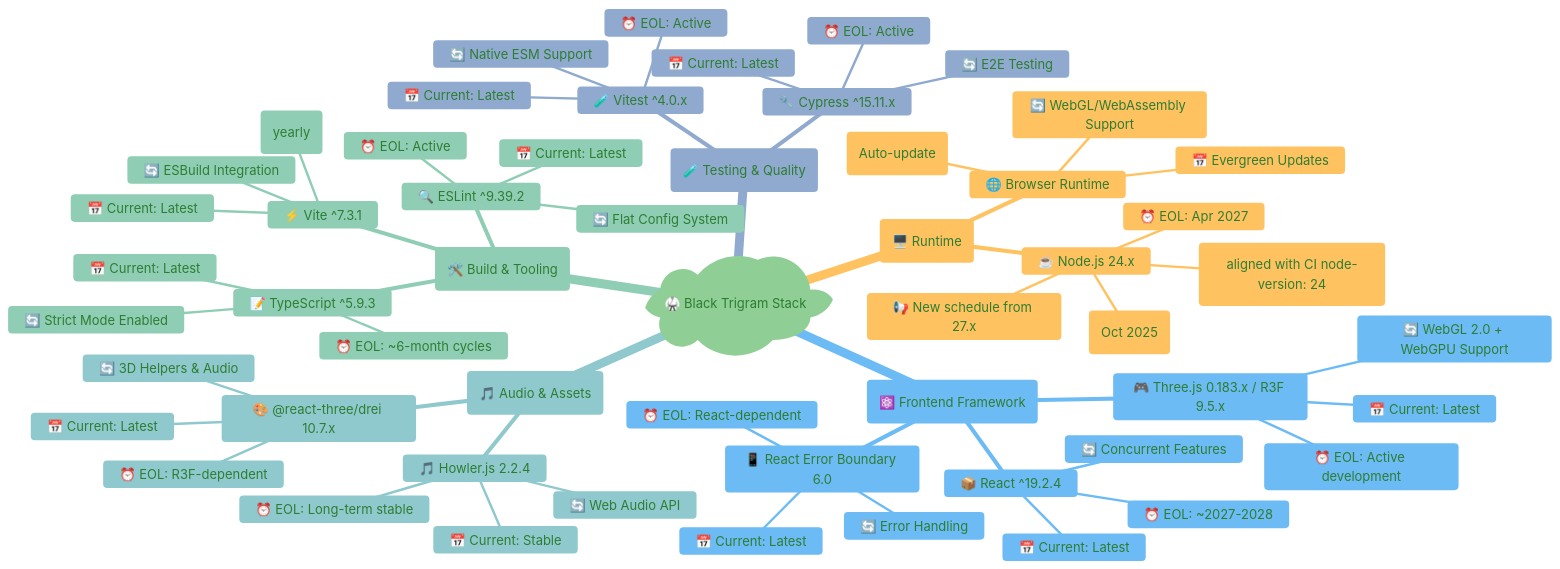
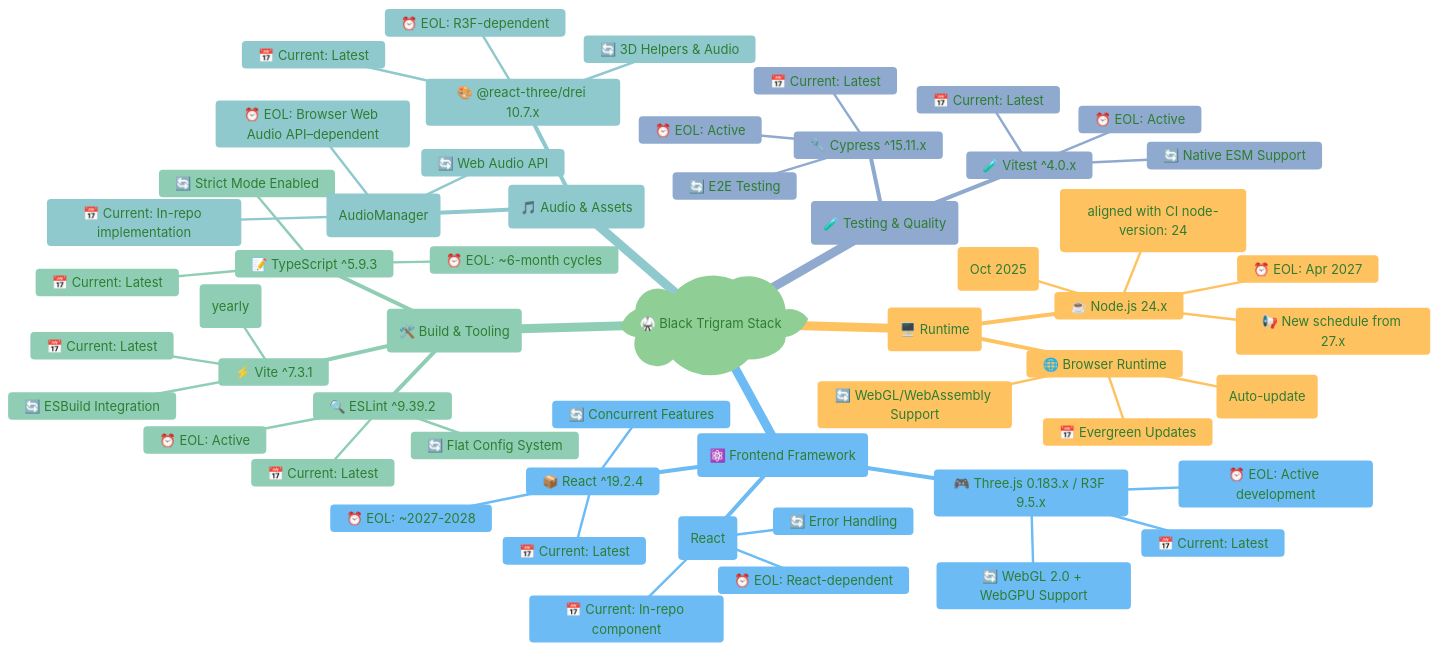
The first of 8 diagrams in End-of-Life-Strategy.md (Hack23/blacktrigram), drawn with Mermaid before and after one commit. The commit also changed other lines of this file and 1 other file, not shown here.

Commit message:
Address round 8 review: remove Howler.js/Error Boundary phantom deps, split infra vs tooling tables

````diff
--- a/End-of-Life-Strategy.md
+++ b/End-of-Life-Strategy.md
@@ -51,70 +51,70 @@
 ```mermaid
 %%{
   init: {
     'theme': 'base',
     'themeVariables': {
       'primaryColor': '#e8f5e9',
       'primaryTextColor': '#2e7d32',
       'lineColor': '#4caf50',
       'secondaryColor': '#fff3e0',
       'tertiaryColor': '#e3f2fd'
     }
   }
 }%%
 mindmap
   root)🥋 Black Trigram Stack(
     (🖥️ Runtime)
       ☕ Node.js 24.x
         📅 Current: 24.x (aligned with CI node-version: 24)
         ⏰ EOL: Apr 2027
         🔄 Next LTS: 26.x (Oct 2025)
         📢 New schedule from 27.x
       🌐 Browser Runtime
         📅 Evergreen Updates
         ⏰ EOL: N/A (Auto-update)
         🔄 WebGL/WebAssembly Support
     (⚛️ Frontend Framework)
       📦 React ^19.2.4
         📅 Current: Latest
         ⏰ EOL: ~2027-2028
         🔄 Concurrent Features
       🎮 Three.js 0.183.x / R3F 9.5.x
         📅 Current: Latest
         ⏰ EOL: Active development
         🔄 WebGL 2.0 + WebGPU Support
-      📱 React Error Boundary 6.0
-        📅 Current: Latest
+      📱 Internal ErrorBoundary Component (React)
+        📅 Current: In-repo component
         ⏰ EOL: React-dependent
         🔄 Error Handling
     (🛠️ Build & Tooling)
       ⚡ Vite ^7.3.1
         📅 Current: Latest
         ⏰ EOL: Active (yearly)
         🔄 ESBuild Integration
       📝 TypeScript ^5.9.3
         📅 Current: Latest
         ⏰ EOL: ~6-month cycles
         🔄 Strict Mode Enabled
       🔍 ESLint ^9.39.2
         📅 Current: Latest
         ⏰ EOL: Active
         🔄 Flat Config System
     (🎵 Audio & Assets)
-      🎵 Howler.js 2.2.4
-        📅 Current: Stable
-        ⏰ EOL: Long-term stable
+      🎵 Internal Web Audio System (AudioManager)
+        📅 Current: In-repo implementation
+        ⏰ EOL: Browser Web Audio API–dependent
         🔄 Web Audio API
       🎨 @react-three/drei 10.7.x
         📅 Current: Latest
         ⏰ EOL: R3F-dependent
         🔄 3D Helpers & Audio
     (🧪 Testing & Quality)
       🧪 Vitest ^4.0.x
         📅 Current: Latest
         ⏰ EOL: Active
         🔄 Native ESM Support
       🔧 Cypress ^15.11.x
         📅 Current: Latest
         ⏰ EOL: Active
         🔄 E2E Testing
 ```
````
